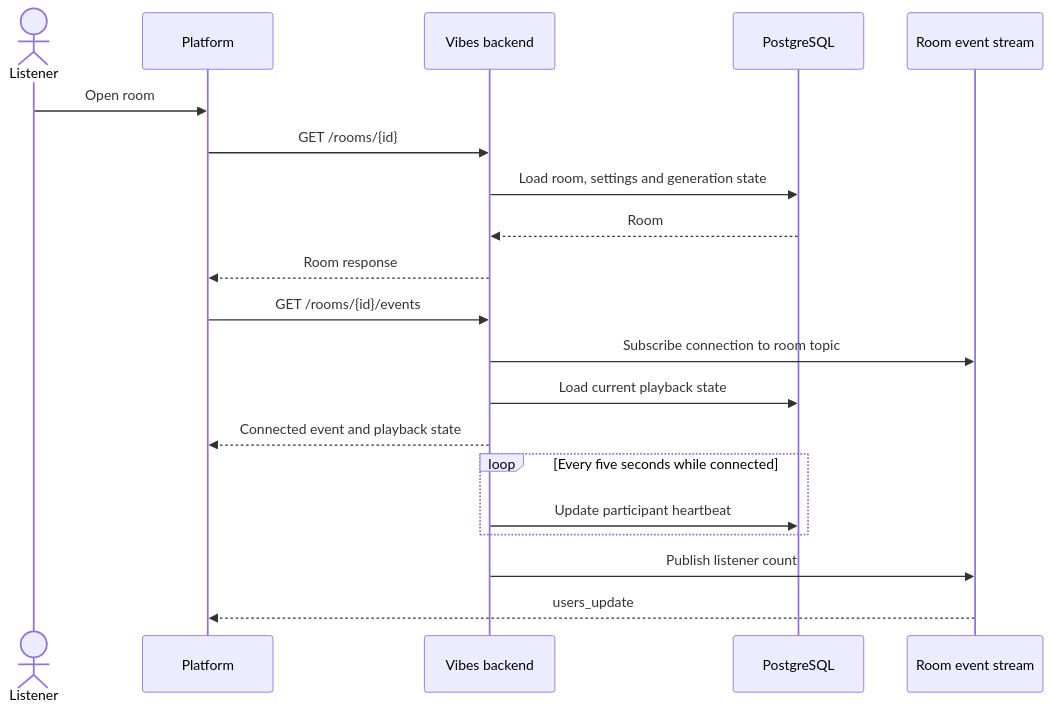
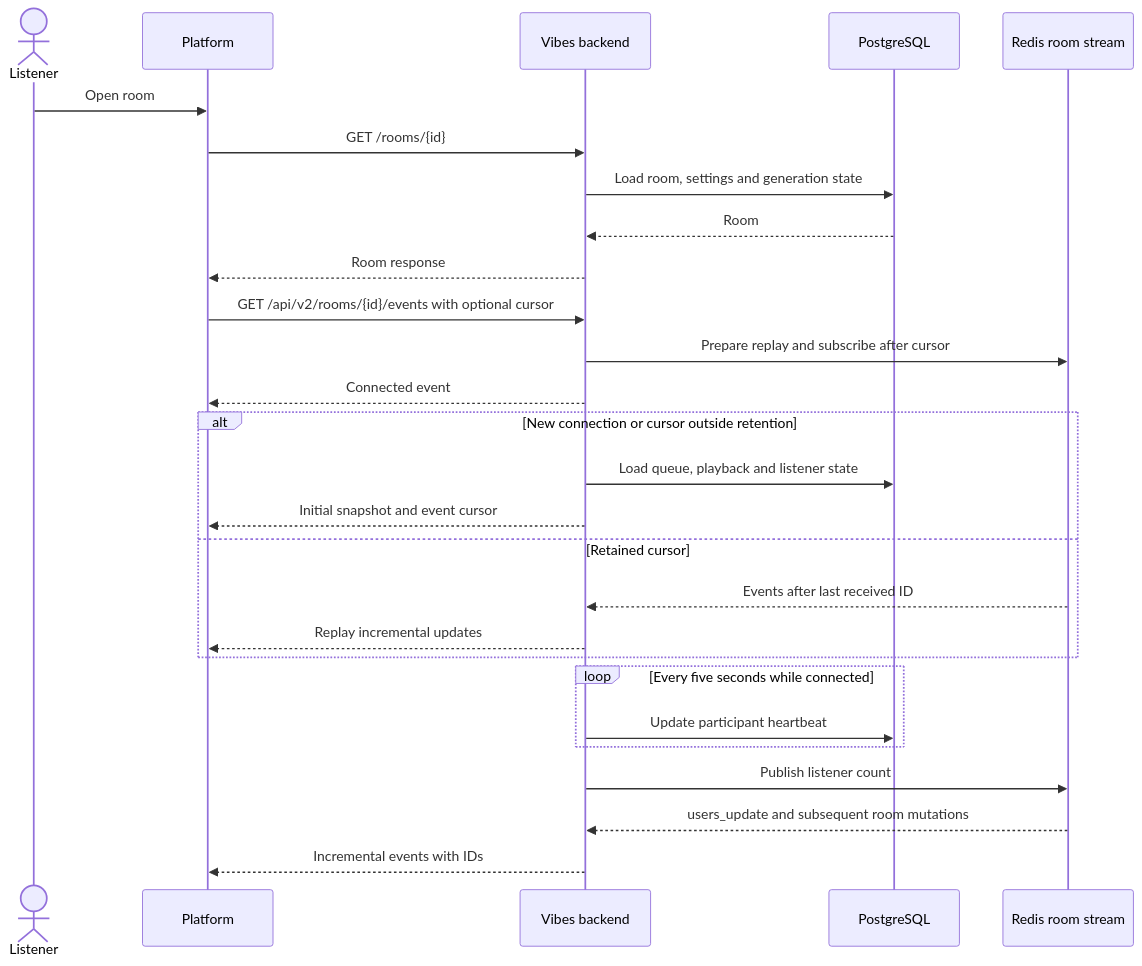
One commit to zoff-music/vibes-backend changed the first of 2 diagrams in docs/flows/sessions.md. Above: the diagram before and after it, drawn with Mermaid. The commit also changed other lines of this file and 9 other files, not shown here.

Commit message:
chore: expand current product architecture documentation (#138)

````diff
--- a/docs/flows/sessions.md
+++ b/docs/flows/sessions.md
@@ -8,26 +8,34 @@
 ```mermaid
 sequenceDiagram
     actor Listener
     participant Platform
     participant API as Vibes backend
     participant DB as PostgreSQL
-    participant Events as Room event stream
+    participant Events as Redis room stream
 
     Listener->>Platform: Open room
     Platform->>API: GET /rooms/{id}
     API->>DB: Load room, settings and generation state
     DB-->>API: Room
     API-->>Platform: Room response
 
-    Platform->>API: GET /rooms/{id}/events
-    API->>Events: Subscribe connection to room topic
-    API->>DB: Load current playback state
-    API-->>Platform: Connected event and playback state
+    Platform->>API: GET /api/v2/rooms/{id}/events with optional cursor
+    API->>Events: Prepare replay and subscribe after cursor
+    API-->>Platform: Connected event
+
+    alt New connection or cursor outside retention
+        API->>DB: Load queue, playback and listener state
+        API-->>Platform: Initial snapshot and event cursor
+    else Retained cursor
+        Events-->>API: Events after last received ID
+        API-->>Platform: Replay incremental updates
+    end
 
     loop Every five seconds while connected
         API->>DB: Update participant heartbeat
     end
 
     API->>Events: Publish listener count
-    Events-->>Platform: users_update
+    Events-->>API: users_update and subsequent room mutations
+    API-->>Platform: Incremental events with IDs
 ```
````
